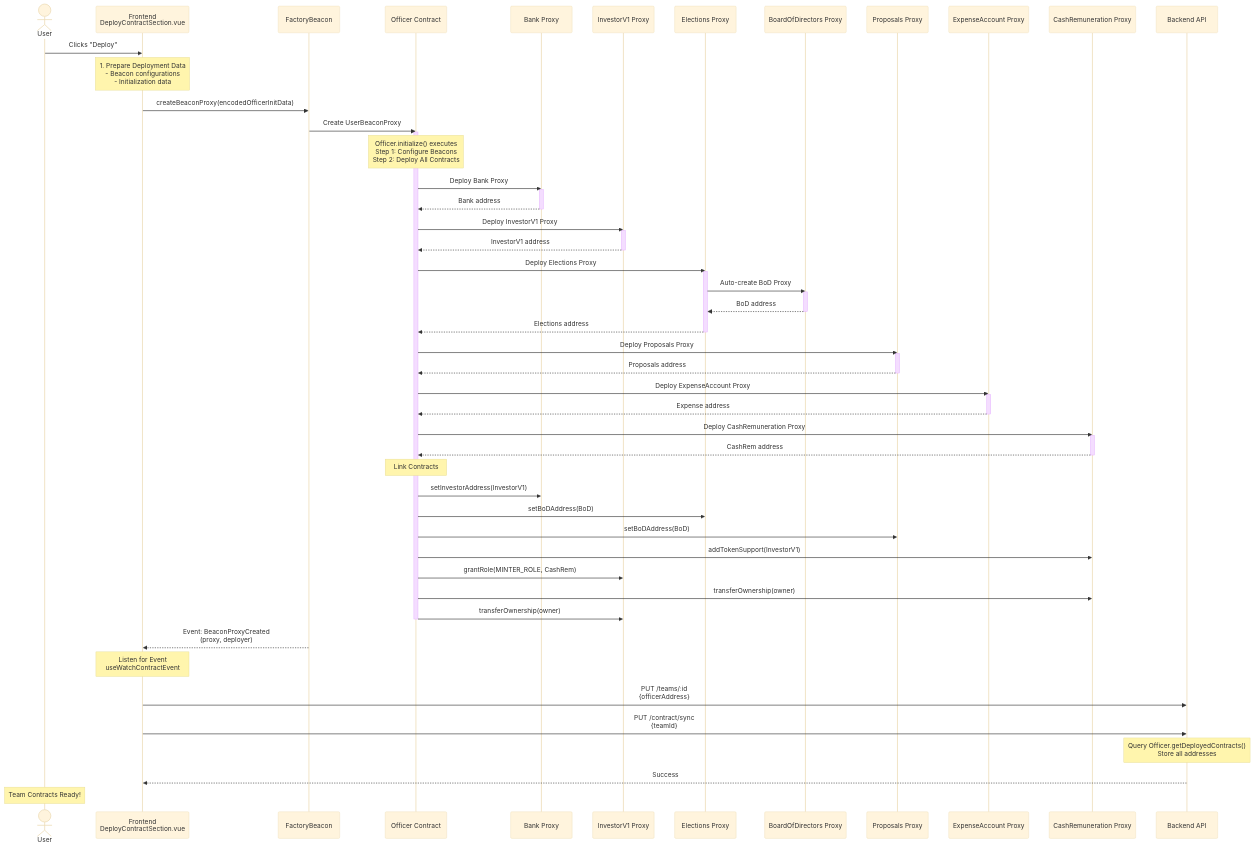
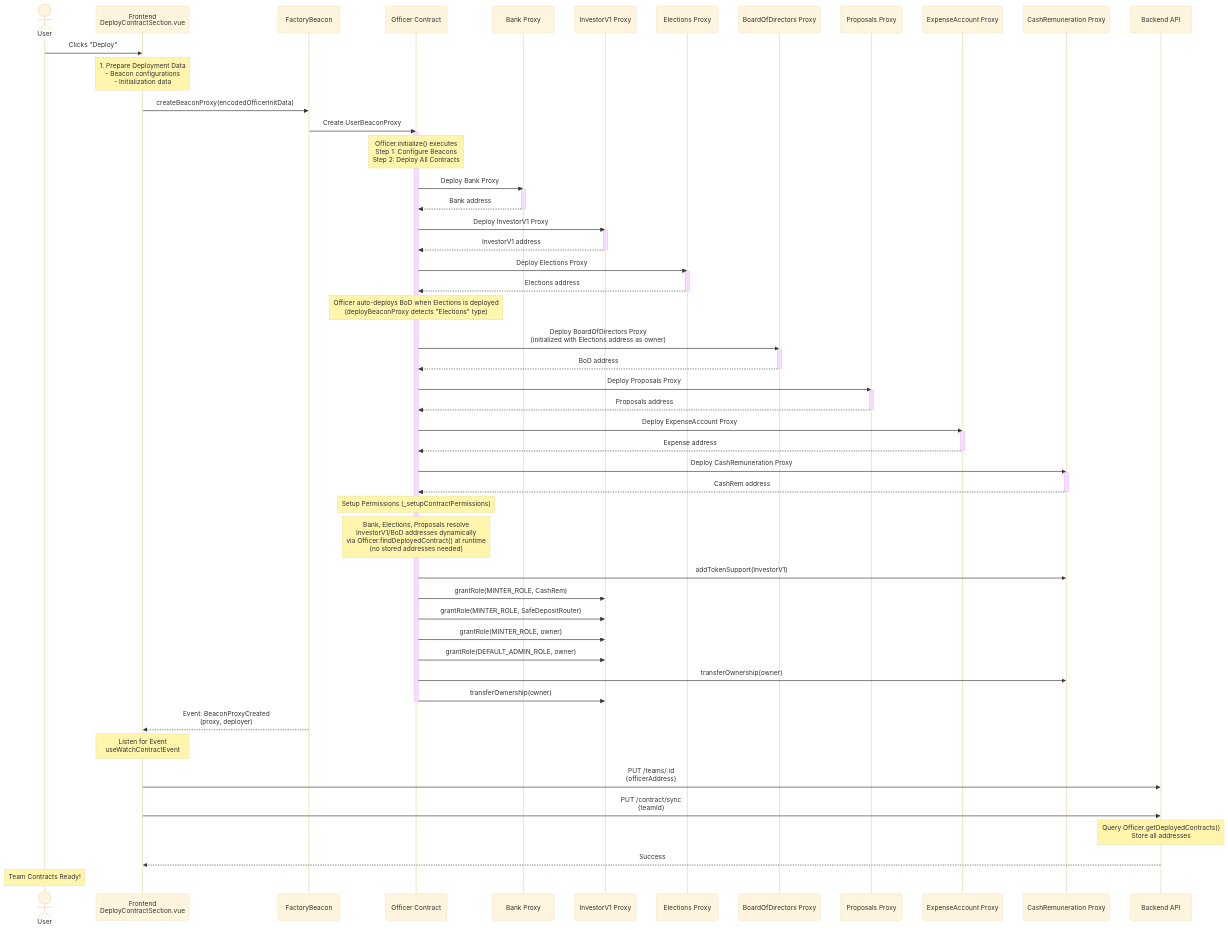
The third of 7 diagrams in docs/contracts/contracts-architecture-diagram.md (globe-and-citizen/cnc-portal), drawn with Mermaid (base theme) before and after one commit. The commit also changed other lines of this file and 3 other files, not shown here.

```diff
--- a/docs/contracts/contracts-architecture-diagram.md
+++ b/docs/contracts/contracts-architecture-diagram.md
@@ -166,12 +163,13 @@
 
     Officer->>Elections: Deploy Elections Proxy
     activate Elections
-    Elections->>BoD: Auto-create BoD Proxy
-    activate BoD
-    BoD-->>Elections: BoD address
-    deactivate BoD
     Elections-->>Officer: Elections address
     deactivate Elections
+    Note over Officer: Officer auto-deploys BoD when Elections is deployed<br/>(deployBeaconProxy detects "Elections" type)
+    Officer->>BoD: Deploy BoardOfDirectors Proxy<br/>(initialized with Elections address as owner)
+    activate BoD
+    BoD-->>Officer: BoD address
+    deactivate BoD
 
     Officer->>Proposals: Deploy Proposals Proxy
     activate Proposals
@@ -188,12 +186,13 @@
     CashRem-->>Officer: CashRem address
     deactivate CashRem
 
-    Note over Officer: Link Contracts
-    Officer->>Bank: setInvestorAddress(InvestorV1)
-    Officer->>Elections: setBoDAddress(BoD)
-    Officer->>Proposals: setBoDAddress(BoD)
+    Note over Officer: Setup Permissions (_setupContractPermissions)
+    Note over Officer: Bank, Elections, Proposals resolve<br/>InvestorV1/BoD addresses dynamically<br/>via Officer.findDeployedContract() at runtime<br/>(no stored addresses needed)
     Officer->>CashRem: addTokenSupport(InvestorV1)
     Officer->>Investor: grantRole(MINTER_ROLE, CashRem)
+    Officer->>Investor: grantRole(MINTER_ROLE, SafeDepositRouter)
+    Officer->>Investor: grantRole(MINTER_ROLE, owner)
+    Officer->>Investor: grantRole(DEFAULT_ADMIN_ROLE, owner)
     Officer->>CashRem: transferOwnership(owner)
     Officer->>Investor: transferOwnership(owner)
 
```
